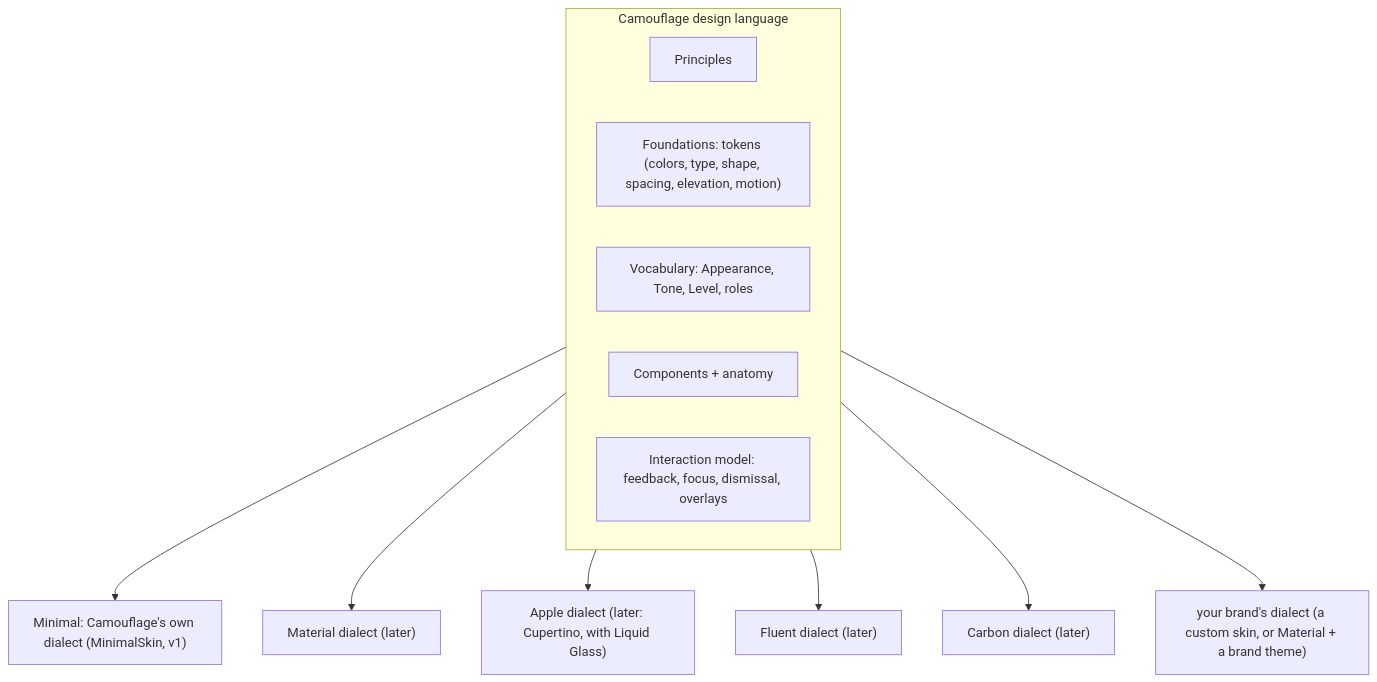
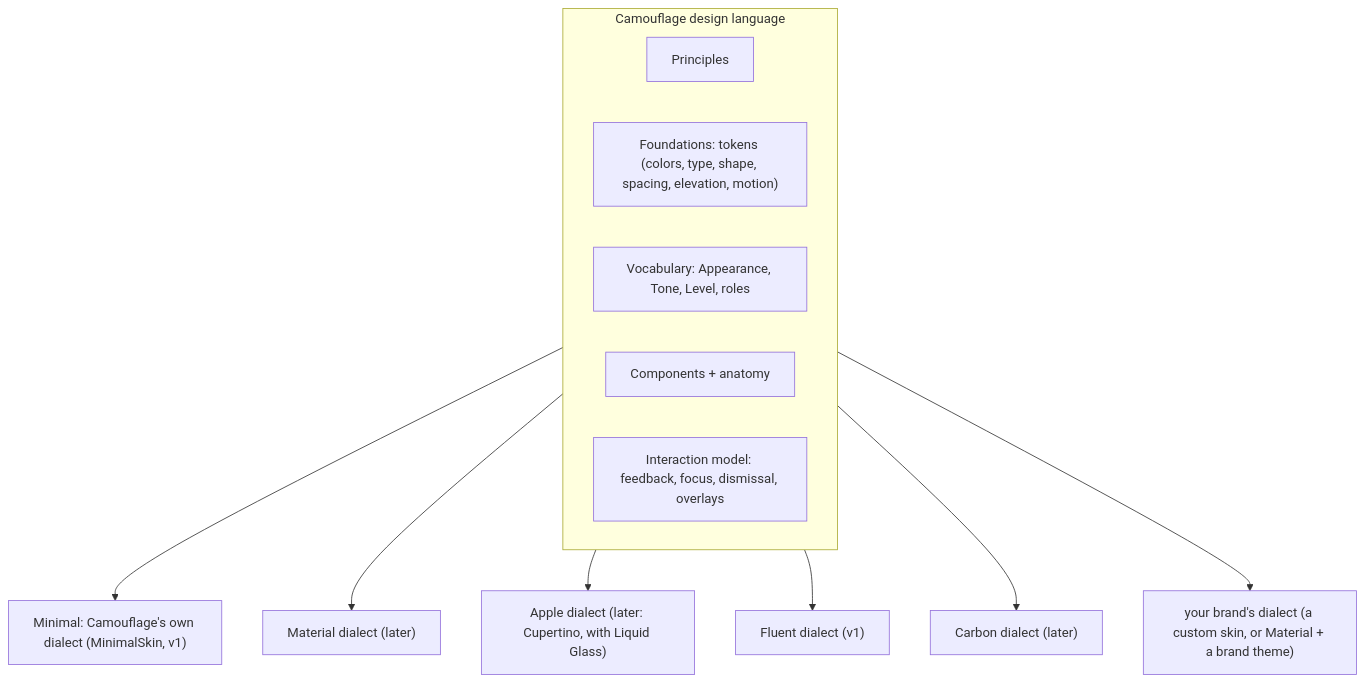
Before and after one commit to srctool/camouflage: the diagram in docs/internal/development/guide/01-foundations/01-design-language.mdx, drawn with Mermaid. The commit also changed 7 other files, not shown here.

````diff
--- a/docs/internal/development/guide/01-foundations/01-design-language.mdx
+++ b/docs/internal/development/guide/01-foundations/01-design-language.mdx
@@ -24,16 +24,16 @@
 ```mermaid
 flowchart TB
     subgraph CDL["Camouflage design language"]
         P["Principles"]
         F["Foundations: tokens (colors, type, shape, spacing, elevation, motion)"]
         V["Vocabulary: Appearance, Tone, Level, roles"]
         C["Components + anatomy"]
         I["Interaction model: feedback, focus, dismissal, overlays"]
     end
     CDL --> D0["Minimal: Camouflage's own dialect (MinimalSkin, v1)"]
     CDL --> D1["Material dialect (later)"]
     CDL --> D2["Apple dialect (later: Cupertino, with Liquid Glass)"]
-    CDL --> D3["Fluent dialect (later)"]
+    CDL --> D3["Fluent dialect (v1)"]
     CDL --> D5["Carbon dialect (later)"]
     CDL --> D4["your brand's dialect (a custom skin, or Material + a brand theme)"]
 ```
````
